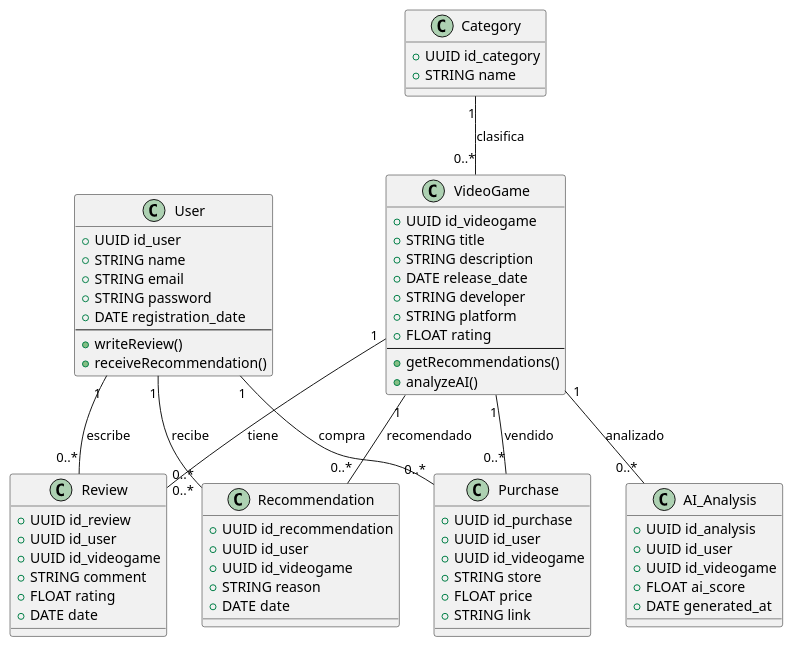
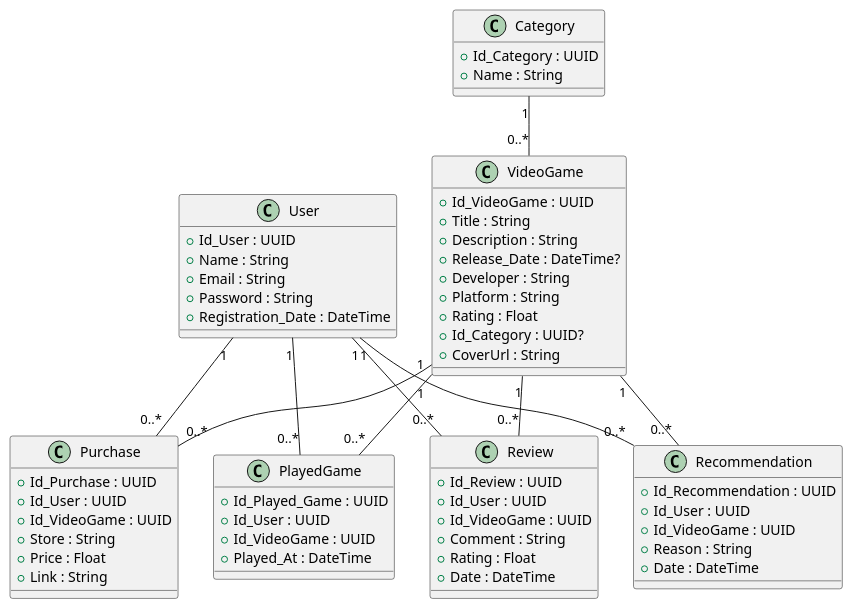
One commit to Ivannunezrodriguez/Proyecto_Unir changed the diagram in BBDD/UML.puml. Above: the diagram before and after it, drawn with PlantUML. The commit also changed 55 other files, not shown here.

```diff
--- a/BBDD/UML.puml
+++ b/BBDD/UML.puml
@@ -1,76 +1,69 @@
 @startuml
-
 class User {
-    + UUID id_user
-    + STRING name
-    + STRING email
-    + STRING password
-    + DATE registration_date
-    --
-    + writeReview()
-    + receiveRecommendation()
+  +Id_User : UUID
+  +Name : String
+  +Email : String
+  +Password : String
+  +Registration_Date : DateTime
 }
 
 class VideoGame {
-    + UUID id_videogame
-    + STRING title
-    + STRING description
-    + DATE release_date
-    + STRING developer
-    + STRING platform
-    + FLOAT rating
-    --
-    + getRecommendations()
-    + analyzeAI()
+  +Id_VideoGame : UUID
+  +Title : String
+  +Description : String
+  +Release_Date : DateTime?
+  +Developer : String
+  +Platform : String
+  +Rating : Float
+  +Id_Category : UUID?
+  +CoverUrl : String
 }
 
 class Category {
-    + UUID id_category
-    + STRING name
+  +Id_Category : UUID
+  +Name : String
 }
 
 class Review {
-    + UUID id_review
-    + UUID id_user
-    + UUID id_videogame
-    + STRING comment
-    + FLOAT rating
-    + DATE date
+  +Id_Review : UUID
+  +Id_User : UUID
+  +Id_VideoGame : UUID
+  +Comment : String
+  +Rating : Float
+  +Date : DateTime
 }
 
 class Recommendation {
-    + UUID id_recommendation
-    + UUID id_user
-    + UUID id_videogame
-    + STRING reason
-    + DATE date
+  +Id_Recommendation : UUID
+  +Id_User : UUID
+  +Id_VideoGame : UUID
+  +Reason : String
+  +Date : DateTime
 }
 
 class Purchase {
-    + UUID id_purchase
-    + UUID id_user
-    + UUID id_videogame
-    + STRING store
-    + FLOAT price
-    + STRING link
+  +Id_Purchase : UUID
+  +Id_User : UUID
+  +Id_VideoGame : UUID
+  +Store : String
+  +Price : Float
+  +Link : String
 }
 
-class AI_Analysis {
-    + UUID id_analysis
-    + UUID id_user
-    + UUID id_videogame
-    + FLOAT ai_score
-    + DATE generated_at
+class PlayedGame {
+  +Id_Played_Game : UUID
+  +Id_User : UUID
+  +Id_VideoGame : UUID
+  +Played_At : DateTime
 }
 
-' Relaciones
-User "1" -- "0..*" Review : escribe
-User "1" -- "0..*" Recommendation : recibe
-User "1" -- "0..*" Purchase : compra
-VideoGame "1" -- "0..*" Review : tiene
-VideoGame "1" -- "0..*" Recommendation : recomendado
-VideoGame "1" -- "0..*" Purchase : vendido
-VideoGame "1" -- "0..*" AI_Analysis : analizado
-Category "1" -- "0..*" VideoGame : clasifica
-
+User "1" -- "0..*" Review
+User "1" -- "0..*" Recommendation
+User "1" -- "0..*" Purchase
+User "1" -- "0..*" PlayedGame
+Category "1" -- "0..*" VideoGame
+VideoGame "1" -- "0..*" Review
+VideoGame "1" -- "0..*" Recommendation
+VideoGame "1" -- "0..*" Purchase
+VideoGame "1" -- "0..*" PlayedGame
 @enduml
```
